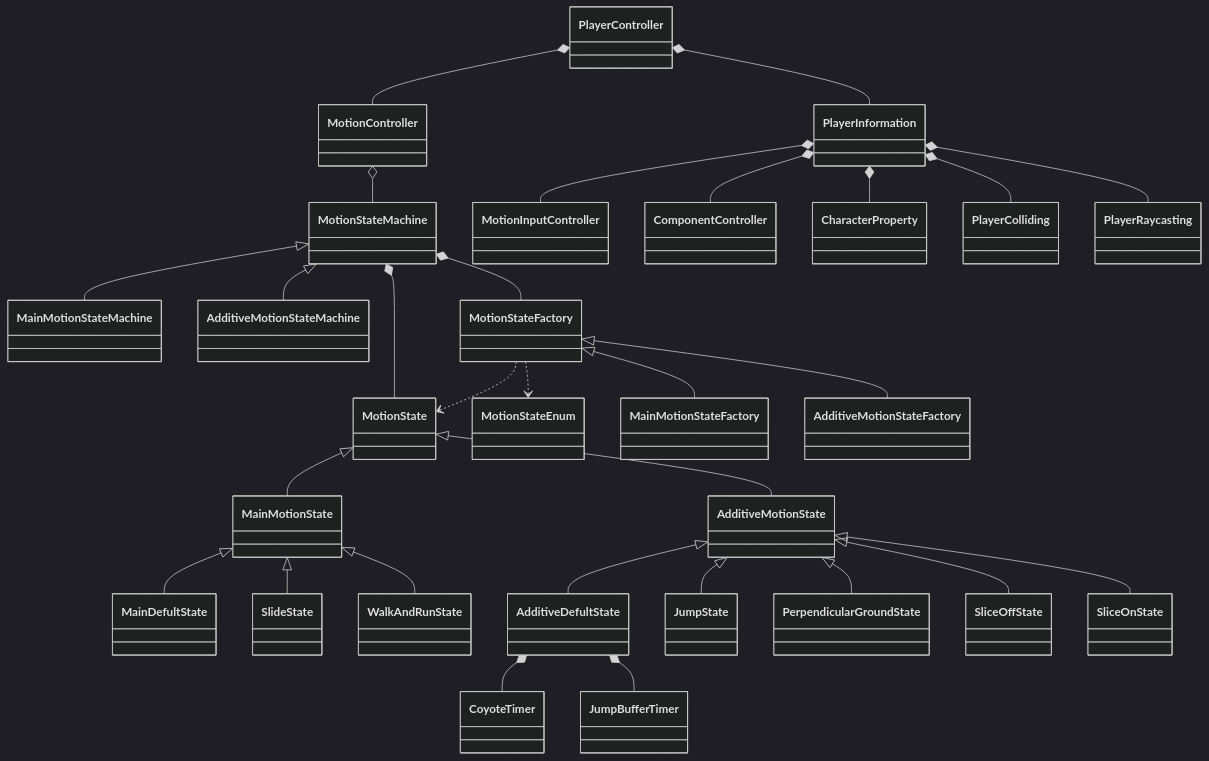
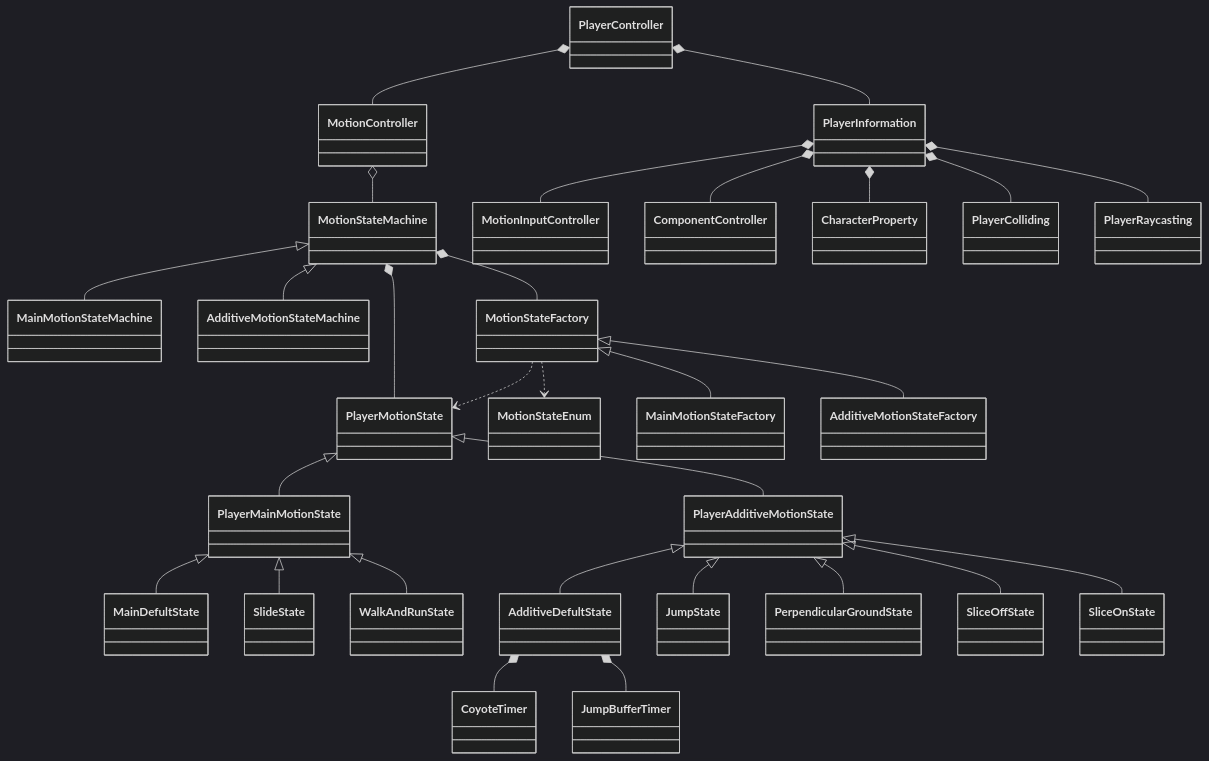
Before and after one commit to flicker-studio/RimeEditor: the third of 4 diagrams in README.md, drawn with Mermaid (dark theme).

Commit message:
docs: README更新
更新README类图

````diff
--- a/README.md
+++ b/README.md
@@ -152,31 +152,31 @@
 ```mermaid
 classDiagram
 MotionStateMachine <|-- MainMotionStateMachine
 MotionStateMachine <|-- AdditiveMotionStateMachine
-MotionStateMachine *-- MotionState
+MotionStateMachine *-- PlayerMotionState
 MotionStateMachine *-- MotionStateFactory
-MotionStateFactory ..> MotionState
+MotionStateFactory ..> PlayerMotionState
 MotionStateFactory ..> MotionStateEnum
 MotionStateFactory <|-- MainMotionStateFactory
 MotionStateFactory <|-- AdditiveMotionStateFactory
 MotionController o-- MotionStateMachine
 PlayerController *-- MotionController
 PlayerInformation *-- MotionInputController
 PlayerInformation *-- ComponentController
 PlayerController *-- PlayerInformation
 PlayerInformation *-- CharacterProperty
 PlayerInformation *-- PlayerColliding
 PlayerInformation *-- PlayerRaycasting
 AdditiveDefultState *-- CoyoteTimer
 AdditiveDefultState *-- JumpBufferTimer
-MainMotionState <|-- MainDefultState
-MainMotionState <|-- SlideState
-AdditiveMotionState <|-- AdditiveDefultState
-MainMotionState <|-- WalkAndRunState
-AdditiveMotionState <|-- JumpState
-AdditiveMotionState <|-- PerpendicularGroundState
-AdditiveMotionState <|-- SliceOffState
-AdditiveMotionState <|-- SliceOnState
-MotionState <|-- MainMotionState
-MotionState <|-- AdditiveMotionState
+PlayerMainMotionState <|-- MainDefultState
+PlayerMainMotionState <|-- SlideState
+PlayerAdditiveMotionState <|-- AdditiveDefultState
+PlayerMainMotionState <|-- WalkAndRunState
+PlayerAdditiveMotionState <|-- JumpState
+PlayerAdditiveMotionState <|-- PerpendicularGroundState
+PlayerAdditiveMotionState <|-- SliceOffState
+PlayerAdditiveMotionState <|-- SliceOnState
+PlayerMotionState <|-- PlayerMainMotionState
+PlayerMotionState <|-- PlayerAdditiveMotionState
 ```
````
